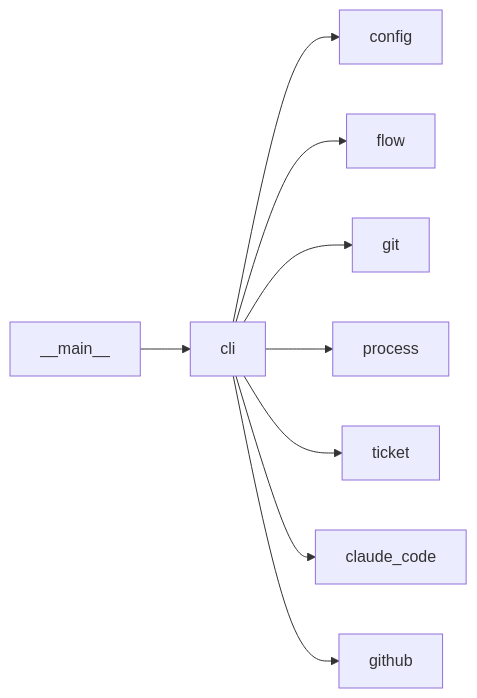
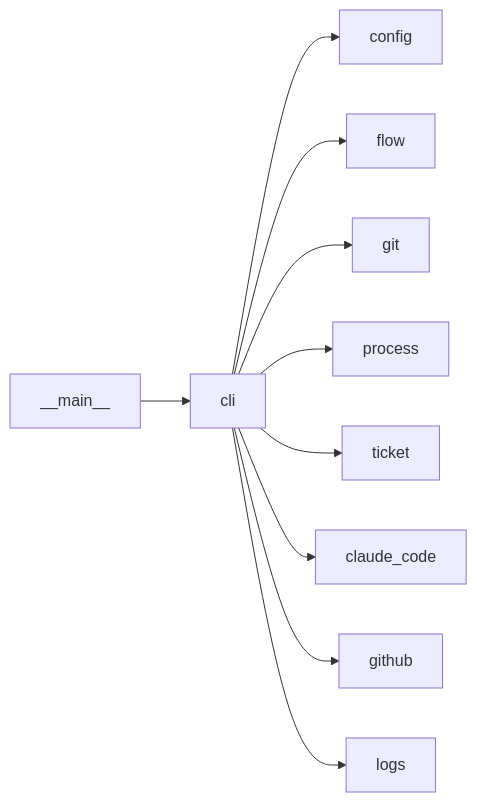
One commit to plaplanche/ariane changed the diagram in docs/architecture/modules/cli.md. Above: the diagram before and after it, drawn with Mermaid. The commit also changed 22 other files, not shown here.

````diff
--- a/docs/architecture/modules/cli.md
+++ b/docs/architecture/modules/cli.md
@@ -13,11 +13,12 @@
 ```mermaid
 flowchart LR
   cli --> config
   cli --> flow
   cli --> git
   cli --> process
   cli --> ticket
   cli --> claude_code
   cli --> github
+  cli --> logs
   __main__ --> cli
 ```
````
